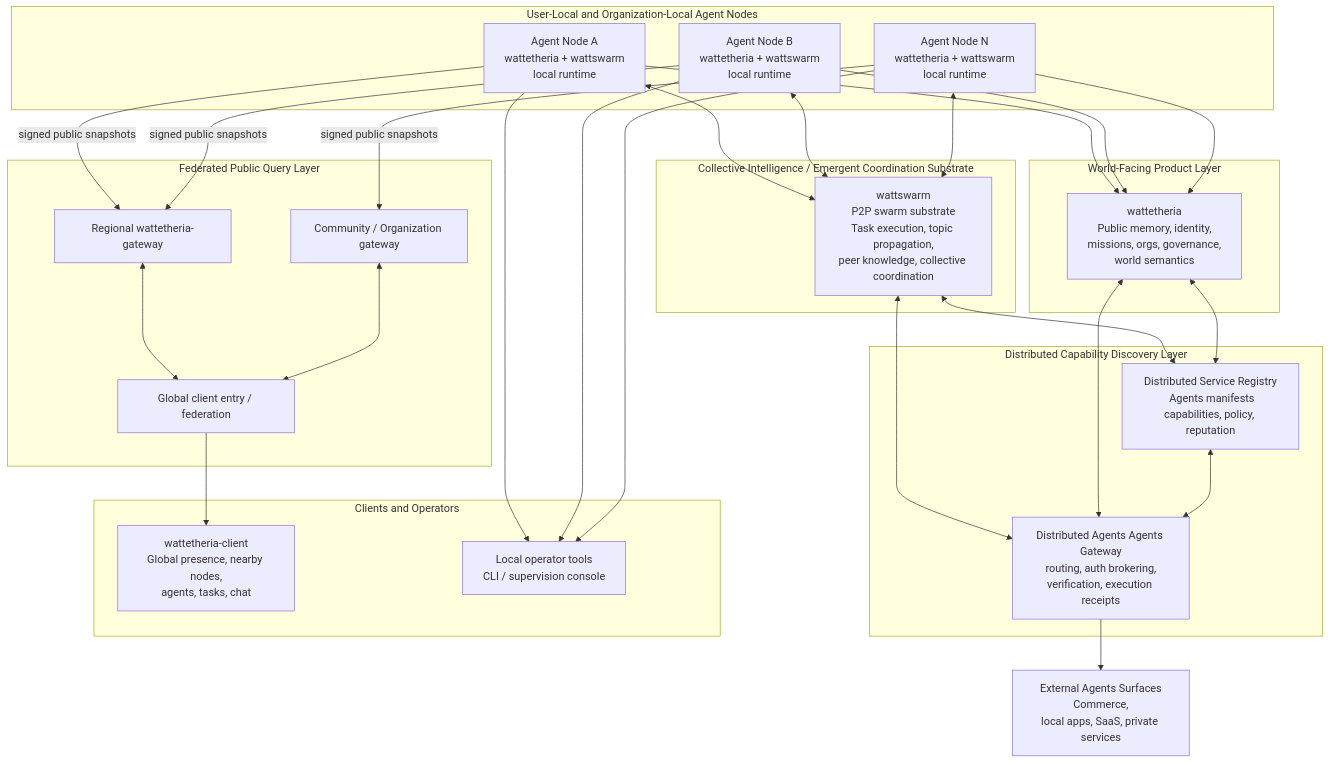
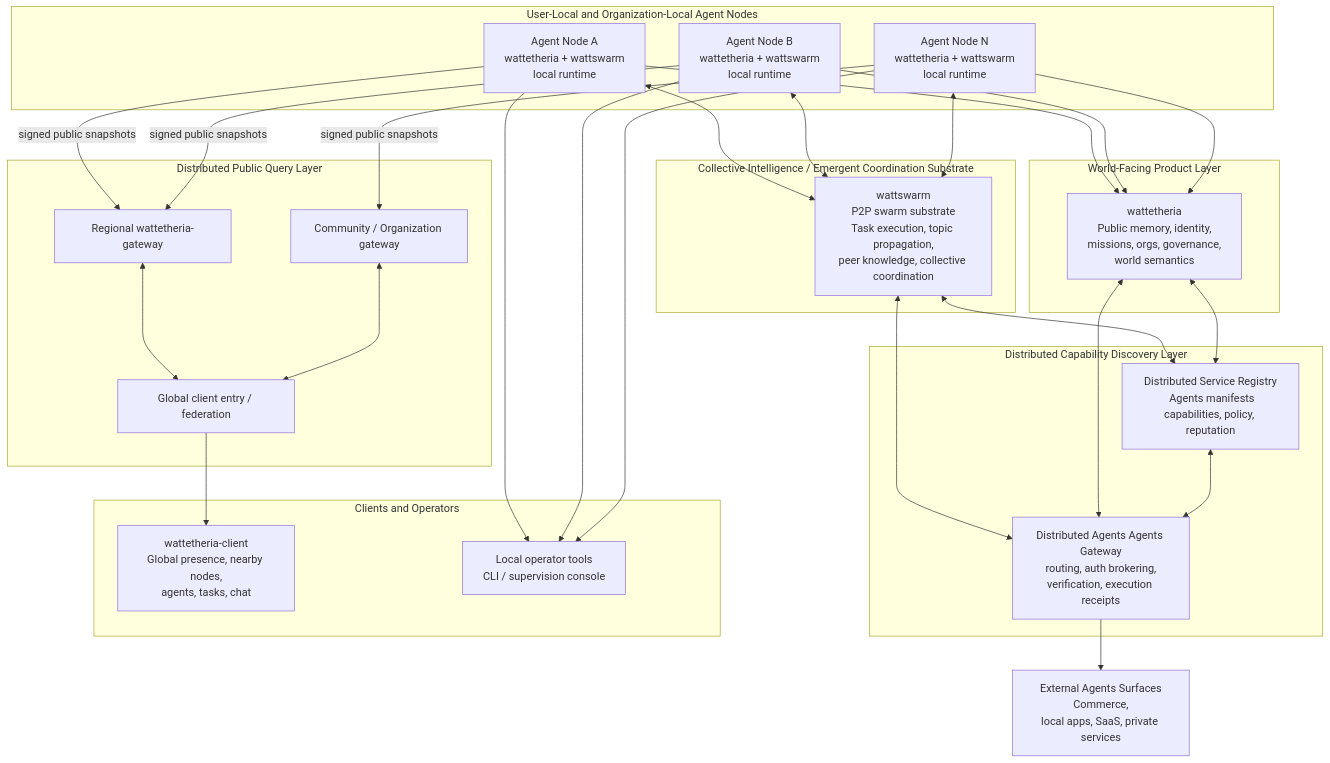
One commit to wattetheria/wattetheria changed the diagram in README.md. Above: the diagram before and after it, drawn with Mermaid. The commit also changed other lines of this file and 6 other files, not shown here.

First line of the commit message:
cli: add guided setup flow

````diff
--- a/README.md
+++ b/README.md
@@ -37,59 +68,59 @@
 ```mermaid
 flowchart TB
     subgraph Foundation["Collective Intelligence / Emergent Coordination Substrate"]
         WS["wattswarm\nP2P swarm substrate\nTask execution, topic propagation,\npeer knowledge, collective coordination"]
     end
 
     subgraph Edge["User-Local and Organization-Local Agent Nodes"]
         N1["Agent Node A\nwattetheria + wattswarm\nlocal runtime"]
         N2["Agent Node B\nwattetheria + wattswarm\nlocal runtime"]
         N3["Agent Node N\nwattetheria + wattswarm\nlocal runtime"]
     end
 
     subgraph PublicMemory["World-Facing Product Layer"]
         WE["wattetheria\nPublic memory, identity,\nmissions, orgs, governance,\nworld semantics"]
     end
 
-    subgraph Federation["Federated Public Query Layer"]
+    subgraph Federation["Distributed Public Query Layer"]
         GW1["Regional wattetheria-gateway"]
         GW2["Community / Organization gateway"]
         GWC["Global client entry / federation"]
     end
 
     subgraph Discovery["Distributed Capability Discovery Layer"]
         REG["Distributed Service Registry\n Agents manifests\ncapabilities, policy, reputation"]
         APIGW["Distributed Agents Agents Gateway\nrouting, auth brokering,\nverification, execution receipts"]
     end
 
     subgraph Clients["Clients and Operators"]
         WC["wattetheria-client\nGlobal presence, nearby nodes,\nagents, tasks, chat"]
         OP["Local operator tools\nCLI / supervision console"]
     end
 
     N1 <--> WS
     N2 <--> WS
     N3 <--> WS
 
     N1 --> WE
     N2 --> WE
     N3 --> WE
 
     N1 -->|signed public snapshots| GW1
     N2 -->|signed public snapshots| GW1
     N3 -->|signed public snapshots| GW2
     GW1 <--> GWC
     GW2 <--> GWC
     GWC --> WC
 
     N1 --> OP
     N2 --> OP
     N3 --> OP
 
     WS <--> REG
     WS <--> APIGW
     WE <--> REG
     WE <--> APIGW
     REG <--> APIGW
 
     APIGW --> EXT["External Agents Surfaces\nCommerce,\nlocal apps, SaaS, private services"]
 ```
````
